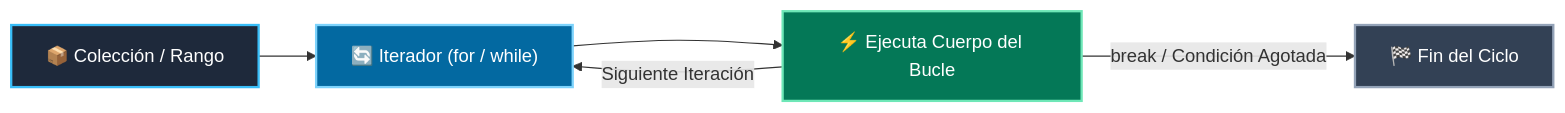
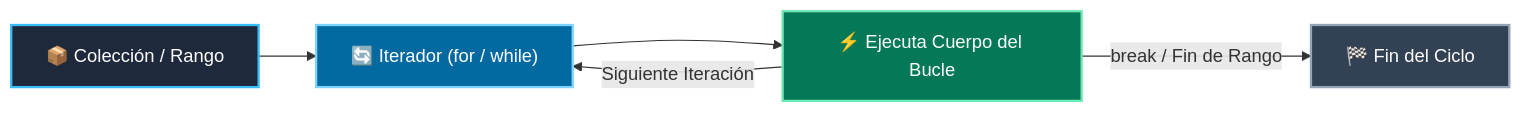
The diagram in docs/curso-01/clase-04.md (wisrovi/wisrovi-python), drawn with Mermaid before and after one commit. The commit also changed other lines of this file and 22 other files, not shown here.

Commit message:
docs: expand academy website into full interactive textbook with verified mermaid, tabs and admonitions

````diff
--- a/docs/curso-01/clase-04.md
+++ b/docs/curso-01/clase-04.md
@@ -78,12 +44,12 @@
 ```mermaid
 flowchart LR
     A["📦 Colección / Rango"] --> B["🔄 Iterador (for / while)"]
     B --> C["⚡ Ejecuta Cuerpo del Bucle"]
-    C -- "Siguiente Iteración" --> B
-    C -- "break / Condición Agotada" --> D["🏁 Fin del Ciclo"]
+    C -->|Siguiente Iteración| B
+    C -->|break / Fin de Rango| D["🏁 Fin del Ciclo"]
 
-    style A fill:#1e293b,color:#fff,stroke:#38bdf8,stroke-width:2px
-    style B fill:#0369a1,color:#fff,stroke:#7dd3fc,stroke-width:2px
-    style C fill:#047857,color:#fff,stroke:#6ee7b7,stroke-width:2px
-    style D fill:#334155,color:#fff,stroke:#94a3b8,stroke-width:2px
+    style A fill:#1e293b,color:#ffffff,stroke:#38bdf8,stroke-width:2px
+    style B fill:#0369a1,color:#ffffff,stroke:#7dd3fc,stroke-width:2px
+    style C fill:#047857,color:#ffffff,stroke:#6ee7b7,stroke-width:2px
+    style D fill:#334155,color:#ffffff,stroke:#94a3b8,stroke-width:2px
 ```
````
